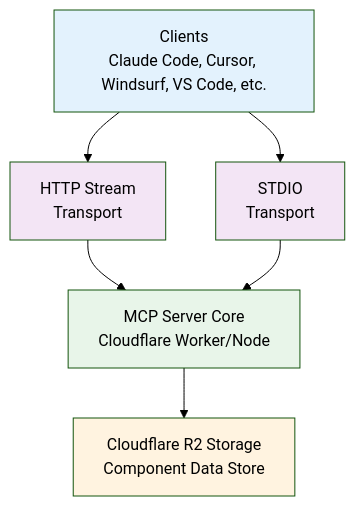
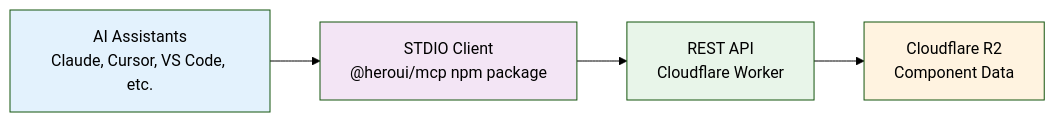
One commit to heroui-inc/heroui-mcp changed the diagram in ARCHITECTURE.md. Above: the diagram before and after it, drawn with Mermaid (forest theme). The commit also changed other lines of this file and 25 other files, not shown here.

````diff
--- a/ARCHITECTURE.md
+++ b/ARCHITECTURE.md
@@ -7,20 +7,16 @@
 ```mermaid
-graph TD
-    CLIENTS[Clients<br/>Claude Code, Cursor, Windsurf, VS Code, etc.]
-    HTTP[HTTP Stream<br/>Transport]
-    STDIO[STDIO<br/>Transport]
-    CORE[MCP Server Core<br/>Cloudflare Worker/Node]
-    R2[Cloudflare R2 Storage<br/>Component Data Store]
+graph LR
+    CLIENTS[AI Assistants<br/>Claude, Cursor, VS Code, etc.]
+    STDIO[STDIO Client<br/>@heroui/mcp npm package]
+    API[REST API<br/>Cloudflare Worker]
+    R2[Cloudflare R2<br/>Component Data]
 
-    CLIENTS --> HTTP
     CLIENTS --> STDIO
-    HTTP --> CORE
-    STDIO --> CORE
-    CORE --> R2
+    STDIO --> API
+    API --> R2
 
     style CLIENTS fill:#e3f2fd
-    style HTTP fill:#f3e5f5
     style STDIO fill:#f3e5f5
-    style CORE fill:#e8f5e9
+    style API fill:#e8f5e9
     style R2 fill:#fff3e0
 ```
````
